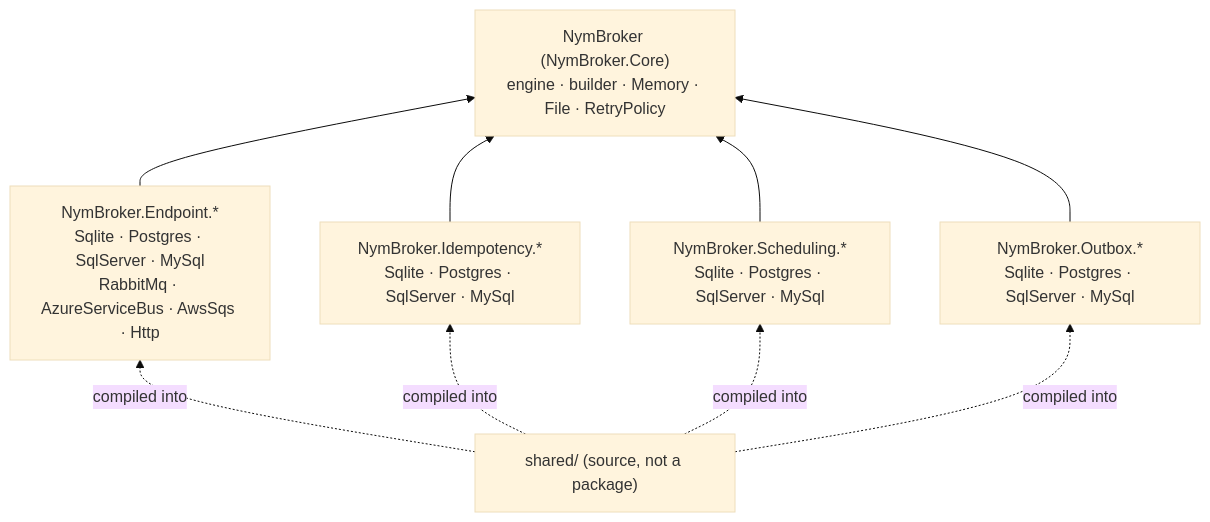
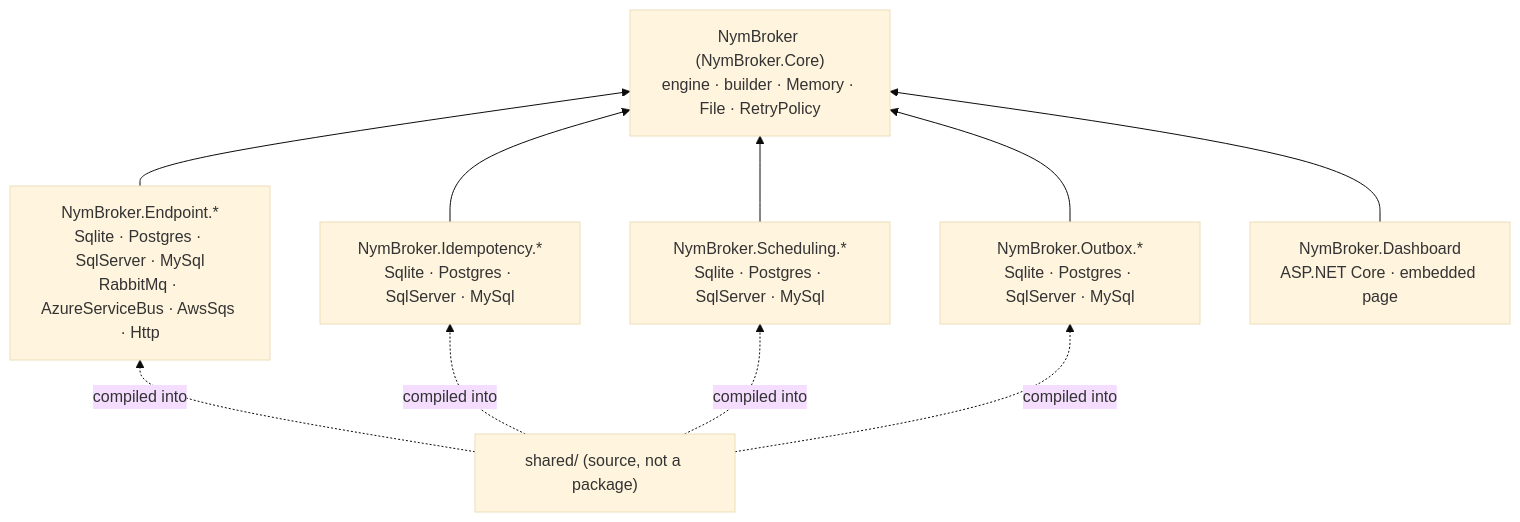
Before and after one commit to nymankla/NymBroker: the first of 2 diagrams in docs/architecture.md, drawn with Mermaid (base theme). The commit also changed other lines of this file and 50 other files, not shown here.

````diff
--- a/docs/architecture.md
+++ b/docs/architecture.md
@@ -9,17 +9,19 @@
 ```mermaid
 flowchart BT
     Core["NymBroker (NymBroker.Core)<br/>engine · builder · Memory · File · RetryPolicy"]
     EP["NymBroker.Endpoint.*<br/>Sqlite · Postgres · SqlServer · MySql<br/>RabbitMq · AzureServiceBus · AwsSqs · Http"]
     ID["NymBroker.Idempotency.*<br/>Sqlite · Postgres · SqlServer · MySql"]
     SC["NymBroker.Scheduling.*<br/>Sqlite · Postgres · SqlServer · MySql"]
     OB["NymBroker.Outbox.*<br/>Sqlite · Postgres · SqlServer · MySql"]
+    DB["NymBroker.Dashboard<br/>ASP.NET Core · embedded page"]
     SH["shared/ (source, not a package)"]
     EP --> Core
     ID --> Core
     SC --> Core
     OB --> Core
+    DB --> Core
     SH -. compiled into .-> EP
     SH -. compiled into .-> ID
     SH -. compiled into .-> SC
     SH -. compiled into .-> OB
 ```
````
